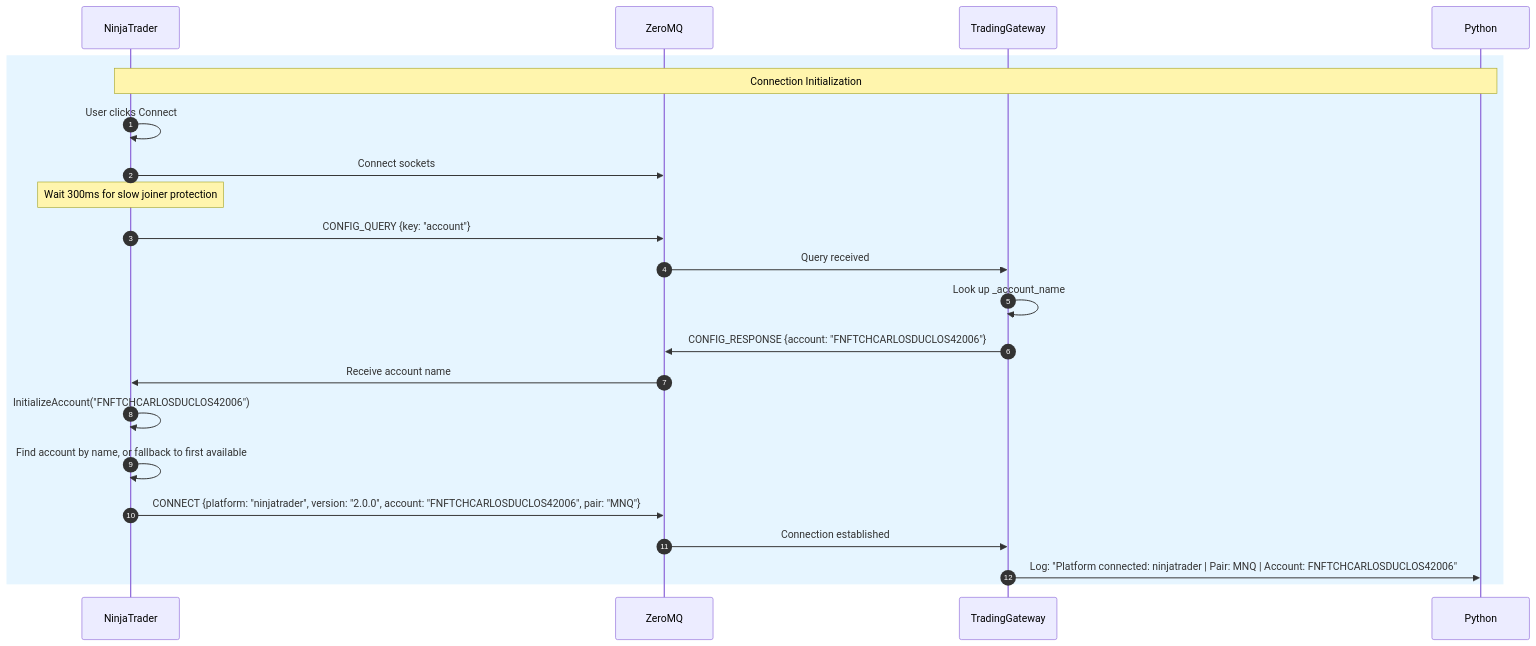
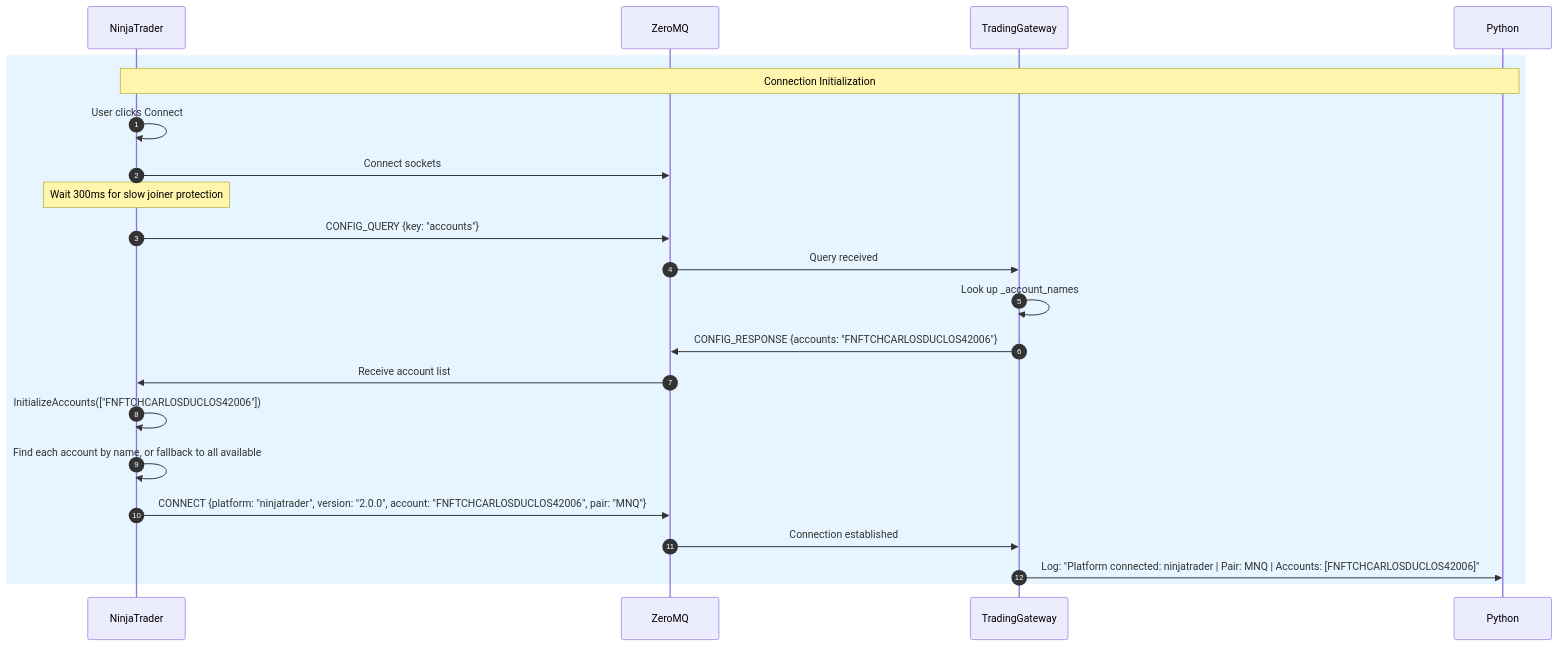
One commit to carlos21/TradingBot changed the fifth of 9 diagrams in docs/zmq_communication_flow.md. Above: the diagram before and after it, drawn with Mermaid. The commit also changed other lines of this file and 57 other files, not shown here.

````diff
--- a/docs/zmq_communication_flow.md
+++ b/docs/zmq_communication_flow.md
@@ -552,30 +645,30 @@
 ```mermaid
 sequenceDiagram
     autonumber
     participant NT as NinjaTrader
     participant ZMQ as ZeroMQ
     participant GW as TradingGateway
     participant PY as Python
 
     rect rgb(230, 245, 255)
         Note over NT,PY: Connection Initialization
         
         NT->>NT: User clicks Connect
         NT->>ZMQ: Connect sockets
         
         Note over NT: Wait 300ms for slow joiner protection
         
-        NT->>ZMQ: CONFIG_QUERY {key: "account"}
+        NT->>ZMQ: CONFIG_QUERY {key: "accounts"}
         ZMQ->>GW: Query received
-        GW->>GW: Look up _account_name
-        GW->>ZMQ: CONFIG_RESPONSE {account: "FNFTCHCARLOSDUCLOS42006"}
-        ZMQ->>NT: Receive account name
+        GW->>GW: Look up _account_names
+        GW->>ZMQ: CONFIG_RESPONSE {accounts: "FNFTCHCARLOSDUCLOS42006"}
+        ZMQ->>NT: Receive account list
         
-        NT->>NT: InitializeAccount("FNFTCHCARLOSDUCLOS42006")
-        NT->>NT: Find account by name, or fallback to first available
+        NT->>NT: InitializeAccounts(["FNFTCHCARLOSDUCLOS42006"])
+        NT->>NT: Find each account by name, or fallback to all available
         
         NT->>ZMQ: CONNECT {platform: "ninjatrader", version: "2.0.0", account: "FNFTCHCARLOSDUCLOS42006", pair: "MNQ"}
         ZMQ->>GW: Connection established
-        GW->>PY: Log: "Platform connected: ninjatrader | Pair: MNQ | Account: FNFTCHCARLOSDUCLOS42006"
+        GW->>PY: Log: "Platform connected: ninjatrader | Pair: MNQ | Accounts: [FNFTCHCARLOSDUCLOS42006]"
     end
 ```
````
